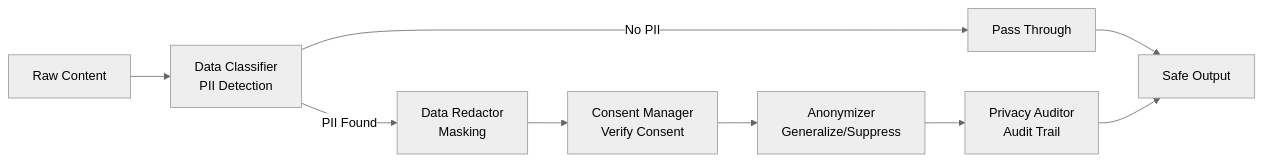
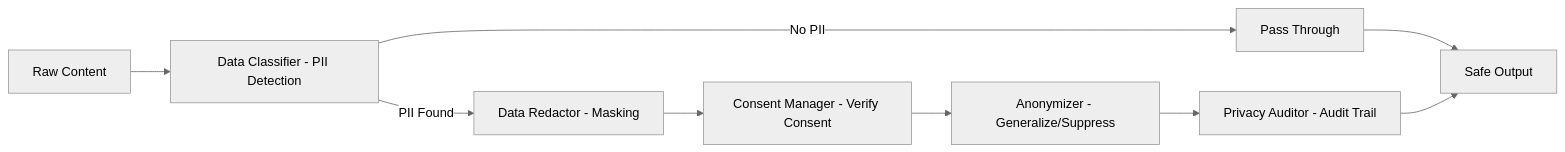
The eighth of 18 diagrams in README.md (LifeJiggy/Rules-Emerging-Pattern), drawn with Mermaid (neutral theme) before and after one commit. The commit also changed other lines of this file, not shown here.

Commit message:
Fix Mermaid diagrams for GitHub rendering - remove theme directives, emoji, subgraph titles, and br tags

````diff
--- a/README.md
+++ b/README.md
@@ -258,11 +257,11 @@
 ```mermaid
 flowchart LR
-    Input["Raw Content"] --> Classifier["Data Classifier<br/>PII Detection"]
-    Classifier -->|PII Found| Redact["Data Redactor<br/>Masking"]
+    Input["Raw Content"] --> Classifier["Data Classifier - PII Detection"]
+    Classifier -->|PII Found| Redact["Data Redactor - Masking"]
     Classifier -->|No PII| Pass["Pass Through"]
-    Redact --> Consent["Consent Manager<br/>Verify Consent"]
-    Consent --> Anonymize["Anonymizer<br/>Generalize/Suppress"]
-    Anonymize --> Auditor["Privacy Auditor<br/>Audit Trail"]
+    Redact --> Consent["Consent Manager - Verify Consent"]
+    Consent --> Anonymize["Anonymizer - Generalize/Suppress"]
+    Anonymize --> Auditor["Privacy Auditor - Audit Trail"]
     Pass --> Output["Safe Output"]
     Auditor --> Output
 ```
````
